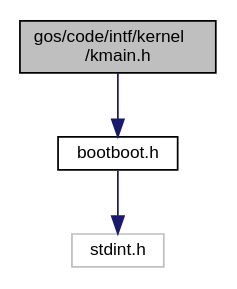
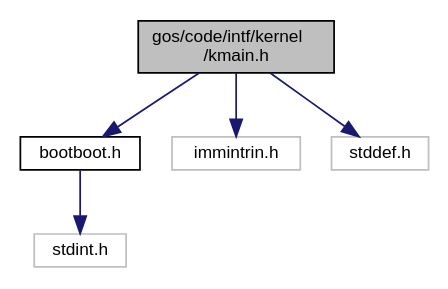
Before and after one commit to jrbuchanan02/garbage-os: the diagram in docs/kmain_8h__incl.dot, drawn with Graphviz. The commit also changed 15 other files, not shown here.

```diff
--- a/docs/kmain_8h__incl.dot
+++ b/docs/kmain_8h__incl.dot
@@ -1,12 +1,16 @@
 digraph "gos/code/intf/kernel/kmain.h"
 {
  // INTERACTIVE_SVG=YES
  // LATEX_PDF_SIZE
   edge [fontname="Helvetica",fontsize="10",labelfontname="Helvetica",labelfontsize="10"];
   node [fontname="Helvetica",fontsize="10",shape=record];
   Node1 [label="gos/code/intf/kernel\l/kmain.h",height=0.2,width=0.4,color="black", fillcolor="grey75", style="filled", fontcolor="black",tooltip="File for what we include in the kmain.c file."];
   Node1 -> Node2 [color="midnightblue",fontsize="10",style="solid",fontname="Helvetica"];
   Node2 [label="bootboot.h",height=0.2,width=0.4,color="black", fillcolor="white", style="filled",URL="$bootboot_8h_source.html",tooltip=" "];
   Node2 -> Node3 [color="midnightblue",fontsize="10",style="solid",fontname="Helvetica"];
   Node3 [label="stdint.h",height=0.2,width=0.4,color="grey75", fillcolor="white", style="filled",tooltip=" "];
+  Node1 -> Node4 [color="midnightblue",fontsize="10",style="solid",fontname="Helvetica"];
+  Node4 [label="immintrin.h",height=0.2,width=0.4,color="grey75", fillcolor="white", style="filled",tooltip=" "];
+  Node1 -> Node5 [color="midnightblue",fontsize="10",style="solid",fontname="Helvetica"];
+  Node5 [label="stddef.h",height=0.2,width=0.4,color="grey75", fillcolor="white", style="filled",tooltip=" "];
 }
```
